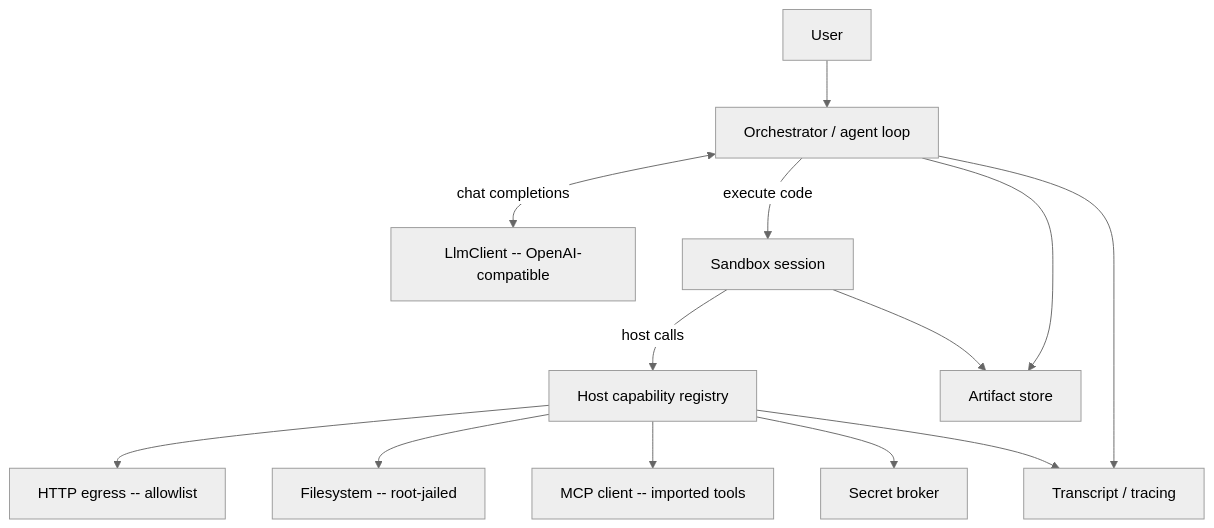
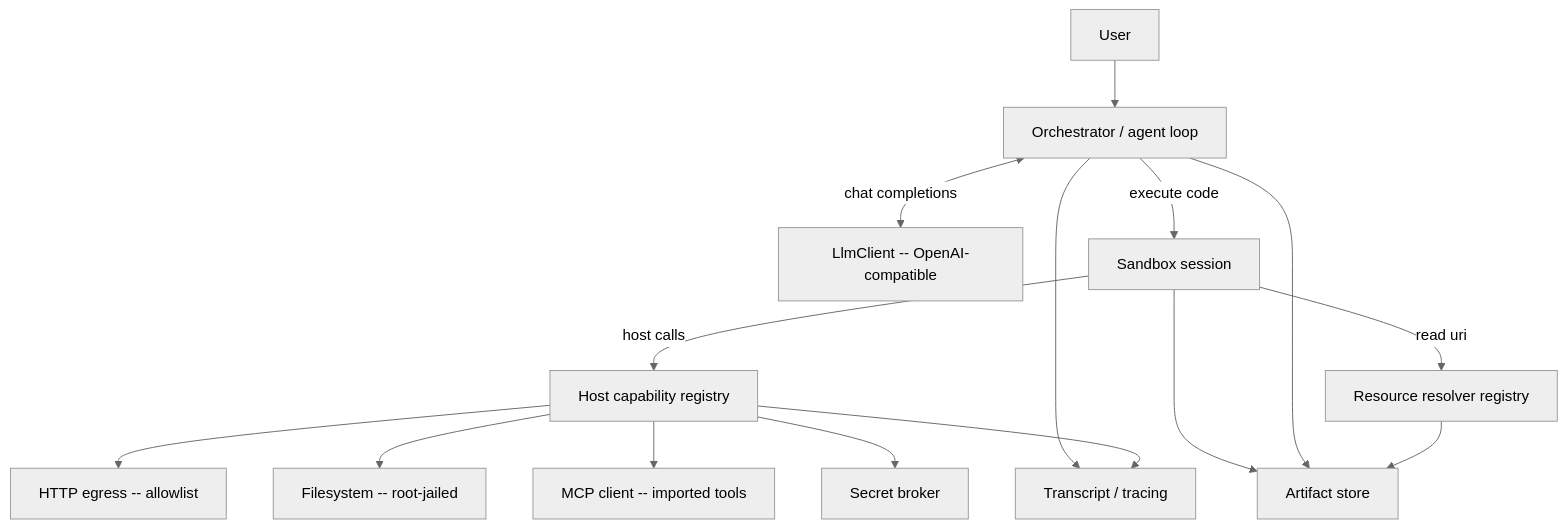
The diagram in docs/design/core/04-architecture.md (mozufu/TempestMiku), drawn with Mermaid (neutral theme) before and after one commit. The commit also changed other lines of this file and 10 other files, not shown here.

First line of the commit message:
docs(design): unify resource resolution under one registry

````diff
--- a/docs/design/core/04-architecture.md
+++ b/docs/design/core/04-architecture.md
@@ -3,15 +3,17 @@
 ```mermaid
 flowchart TD
     U[User] --> O[Orchestrator / agent loop]
     O <-->|chat completions| L[LlmClient -- OpenAI-compatible]
     O -->|execute code| S[Sandbox session]
     S -->|host calls| H[Host capability registry]
     H --> NET[HTTP egress -- allowlist]
     H --> FSY[Filesystem -- root-jailed]
     H --> MCP[MCP client -- imported tools]
     H --> SEC[Secret broker]
     S --> ART[Artifact store]
     O --> ART
+    S -->|read uri| RR[Resource resolver registry]
+    RR --> ART
     O --> TR[Transcript / tracing]
     H --> TR
 ```
````
